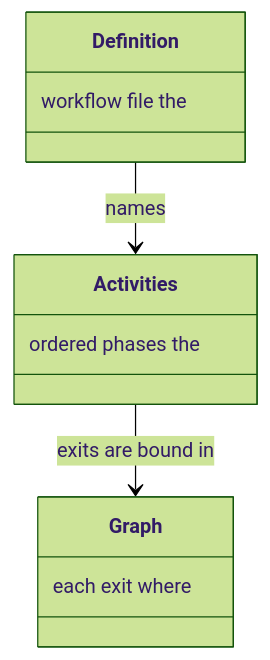
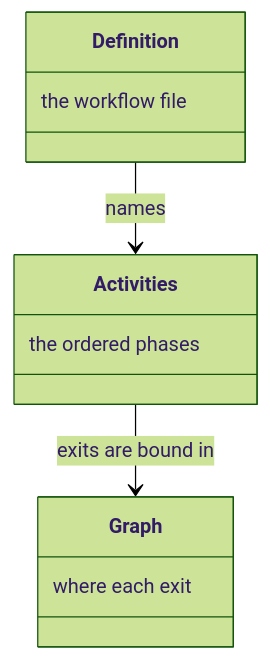
Before and after one commit to m2ux/workflow-server: the second of 6 diagrams in docs/workflow.md, drawn with Mermaid (forest theme). The commit also changed other lines of this file and 10 other files, not shown here.

Commit message:
Write each class-box note in reading order so the diagram shows the phrase as written.

````diff
--- a/docs/workflow.md
+++ b/docs/workflow.md
@@ -22,14 +22,14 @@
 ```mermaid
 classDiagram
   class Definition {
-    workflow file the
+    the workflow file
   }
   class Activities {
-    ordered phases the
+    the ordered phases
   }
   class Graph {
-    each exit where
+    where each exit
   }
   Definition --> Activities : names
   Activities --> Graph : exits are bound in
 ```
````
